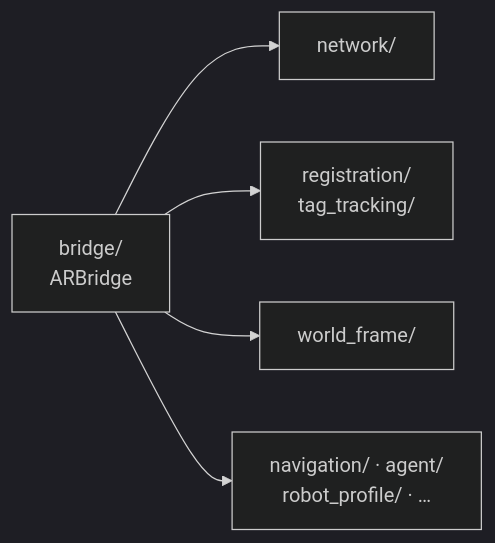
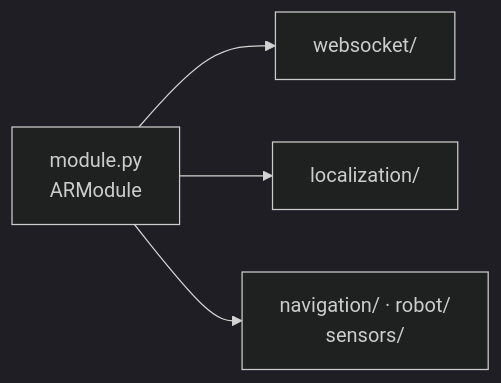
Before and after one commit to V4C38/spectacles-dimensional-os: the second of 3 diagrams in README.md, drawn with Mermaid (dark theme). The commit also changed other lines of this file and 73 other files, not shown here.

````diff
--- a/README.md
+++ b/README.md
@@ -215,13 +203,11 @@
 ```mermaid
 flowchart LR
-  Module["bridge/<br>ARBridge"]
-  Net["network/"]
-  Align["registration/<br>tag_tracking/"]
-  World["world_frame/"]
-  Rest["navigation/ · agent/<br>robot_profile/ · …"]
+  Module["module.py<br>ARModule"]
+  Net["websocket/"]
+  Loc["localization/"]
+  Rest["navigation/ · robot/<br>sensors/"]
 
   Module --> Net
-  Module --> Align
-  Module --> World
+  Module --> Loc
   Module --> Rest
 ```
````
